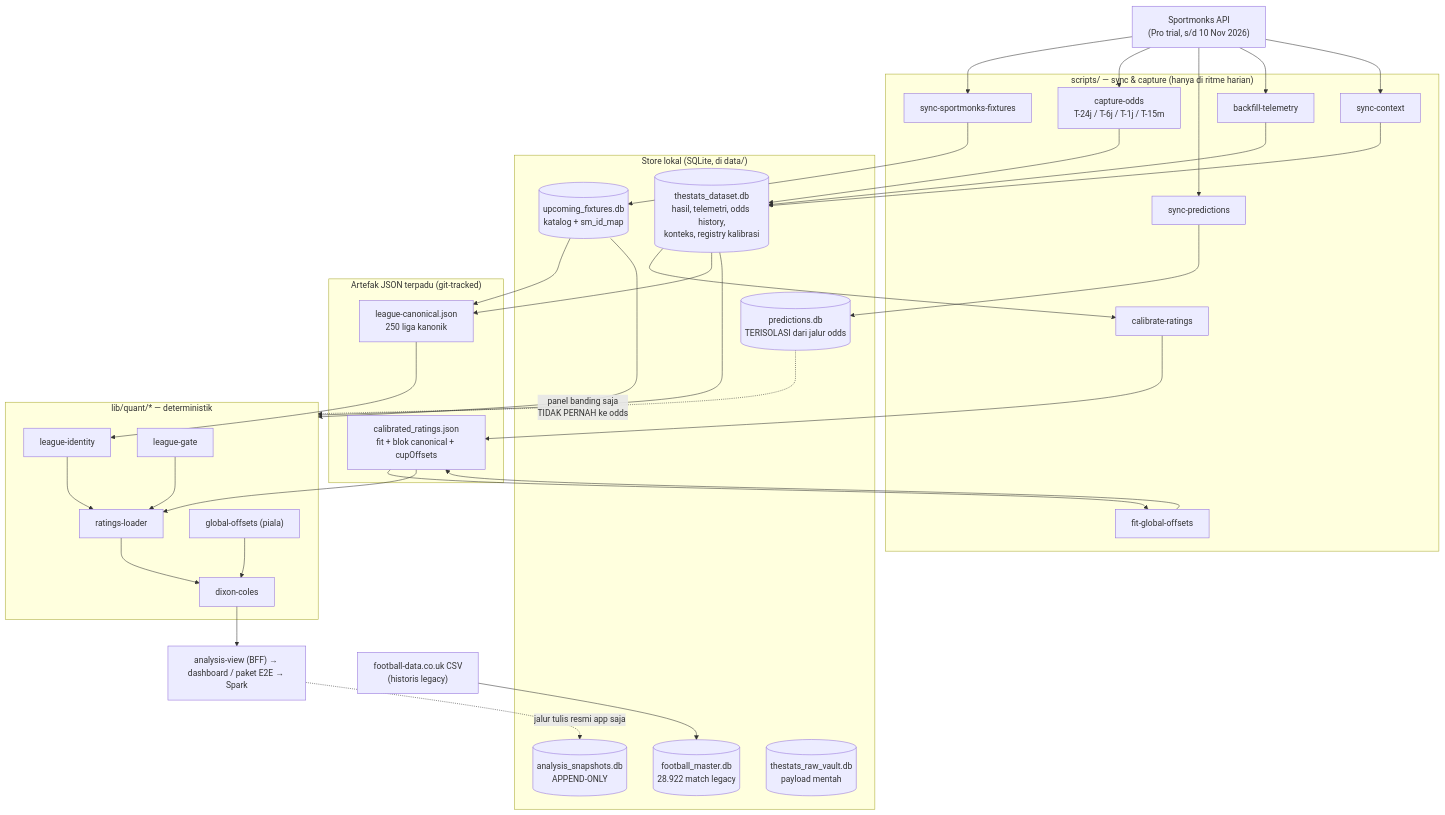
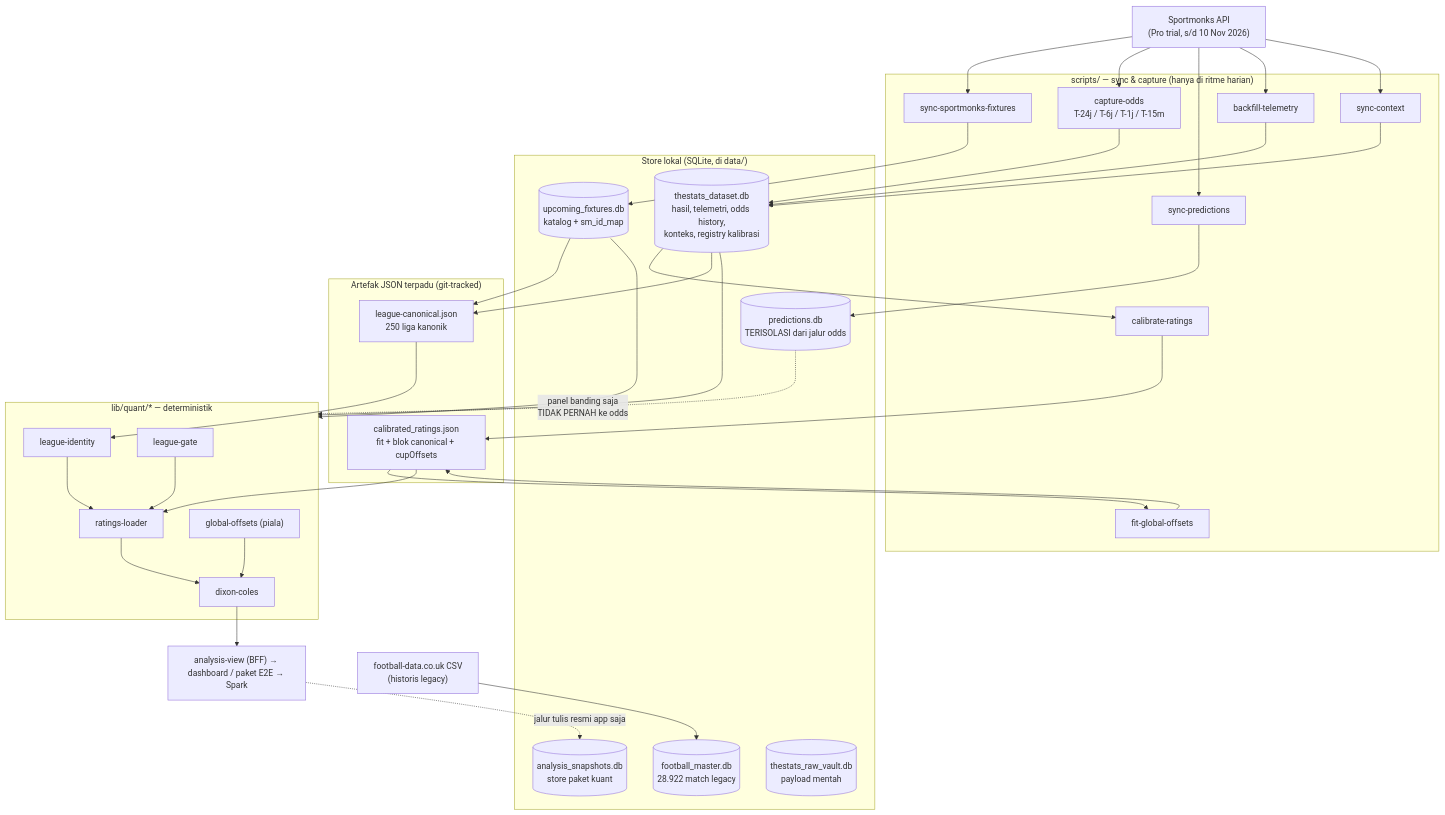
Before and after one commit to hyperrrdice-arch/BOLA-ARANDISUPERR: the diagram in ARCHITECTURE.md, drawn with Mermaid. The commit also changed other lines of this file and 6 other files, not shown here.

````diff
--- a/ARCHITECTURE.md
+++ b/ARCHITECTURE.md
@@ -128,54 +128,54 @@
 ```mermaid
 flowchart TD
     SM["Sportmonks API<br/>(Pro trial, s/d 10 Nov 2026)"]
     FD["football-data.co.uk CSV<br/>(historis legacy)"]
     subgraph SYNC["scripts/ — sync & capture (hanya di ritme harian)"]
         CAT["sync-sportmonks-fixtures"]
         ODDS["capture-odds<br/>T-24j / T-6j / T-1j / T-15m"]
         PRED["sync-predictions"]
         TELE["backfill-telemetry"]
         CTX["sync-context"]
         CAL["calibrate-ratings"]
         CUP["fit-global-offsets"]
     end
     subgraph STORES["Store lokal (SQLite, di data/)"]
         UP[("upcoming_fixtures.db<br/>katalog + sm_id_map")]
         DS[("thestats_dataset.db<br/>hasil, telemetri, odds history,<br/>konteks, registry kalibrasi")]
         MA[("football_master.db<br/>28.922 match legacy")]
         PR[("predictions.db<br/>TERISOLASI dari jalur odds")]
-        SN[("analysis_snapshots.db<br/>APPEND-ONLY")]
+        SN[("analysis_snapshots.db<br/>store paket kuant")]
         VA[("thestats_raw_vault.db<br/>payload mentah")]
     end
     subgraph ART["Artefak JSON terpadu (git-tracked)"]
         LC["league-canonical.json<br/>250 liga kanonik"]
         CR["calibrated_ratings.json<br/>fit + blok canonical + cupOffsets"]
     end
     subgraph QUANT["lib/quant/* — deterministik"]
         IDN["league-identity"]
         GATE["league-gate"]
         LOAD["ratings-loader"]
         DC["dixon-coles"]
         GO["global-offsets (piala)"]
     end
     SM --> CAT & ODDS & PRED & TELE & CTX
     FD --> MA
     CAT --> UP
     ODDS --> DS
     PRED --> PR
     TELE --> DS
     CTX --> DS
     DS --> CAL --> CR
     UP --> LC
     DS --> LC
     CR --> CUP --> CR
     LC --> IDN --> LOAD
     CR --> LOAD
     GATE --> LOAD
     LOAD --> DC
     GO --> DC
     UP --> QUANT
     DS --> QUANT
     PR -. "panel banding saja<br/>TIDAK PERNAH ke odds" .-> QUANT
     DC --> VIEW["analysis-view (BFF) → dashboard / paket E2E → Spark"]
     VIEW -. "jalur tulis resmi app saja" .-> SN
 ```
````
